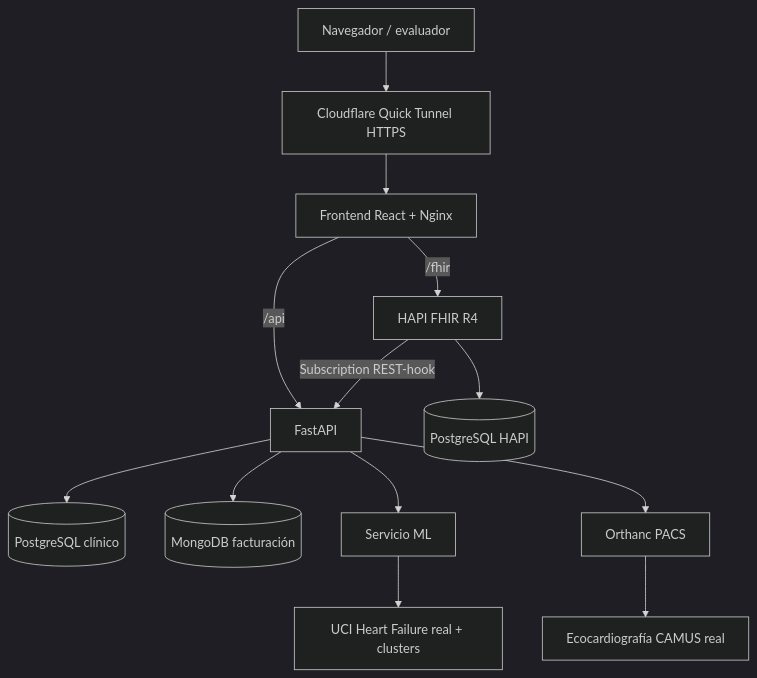
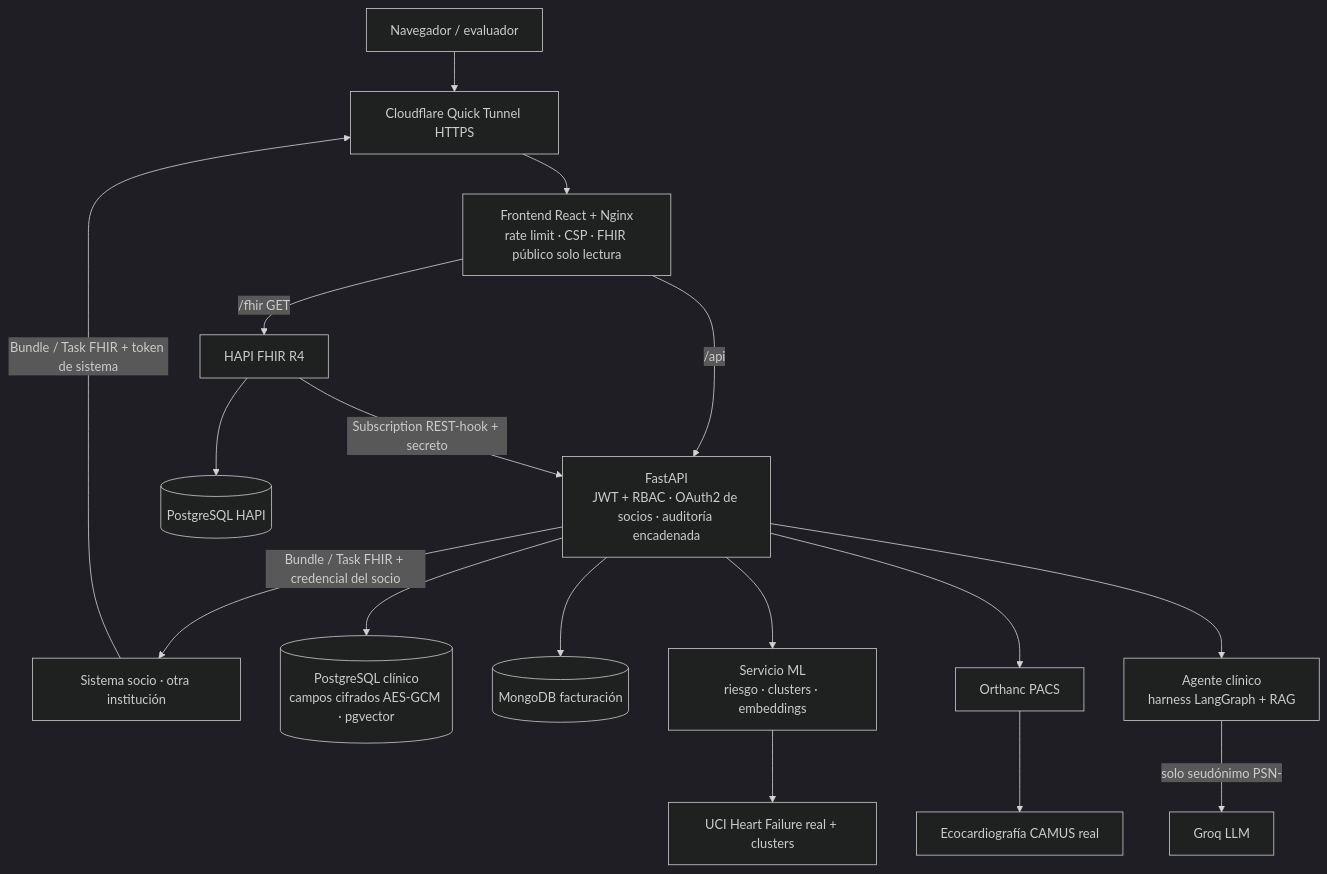
Before and after one commit to PresiUribe/heart-failure-monitor: the first of 3 diagrams in README.md, drawn with Mermaid (dark theme). The commit also changed other lines of this file and 35 other files, not shown here.

````diff
--- a/README.md
+++ b/README.md
@@ -19,17 +19,21 @@
 ```mermaid
 flowchart TB
     U[Navegador / evaluador] --> CF[Cloudflare Quick Tunnel HTTPS]
-    CF --> NX[Frontend React + Nginx]
-    NX -->|/api| API[FastAPI]
-    NX -->|/fhir| FHIR[HAPI FHIR R4]
+    SOC[Sistema socio · otra institución] -->|Bundle / Task FHIR + token de sistema| CF
+    CF --> NX[Frontend React + Nginx<br/>rate limit · CSP · FHIR público solo lectura]
+    NX -->|/api| API[FastAPI<br/>JWT + RBAC · OAuth2 de socios · auditoría encadenada]
+    NX -->|/fhir GET| FHIR[HAPI FHIR R4]
 
-    API --> PG[(PostgreSQL clínico)]
+    API --> PG[(PostgreSQL clínico<br/>campos cifrados AES-GCM · pgvector)]
     API --> MONGO[(MongoDB facturación)]
-    API --> ML[Servicio ML]
+    API --> ML[Servicio ML<br/>riesgo · clusters · embeddings]
     API --> PACS[Orthanc PACS]
+    API --> AG[Agente clínico<br/>harness LangGraph + RAG]
+    AG -->|solo seudónimo PSN-| LLM[Groq LLM]
+    API -->|Bundle / Task FHIR + credencial del socio| SOC
     FHIR --> HPG[(PostgreSQL HAPI)]
-    FHIR -->|Subscription REST-hook| API
+    FHIR -->|Subscription REST-hook + secreto| API
 
     ML --> UCI[UCI Heart Failure real + clusters]
     PACS --> CAMUS[Ecocardiografía CAMUS real]
 ```
````
